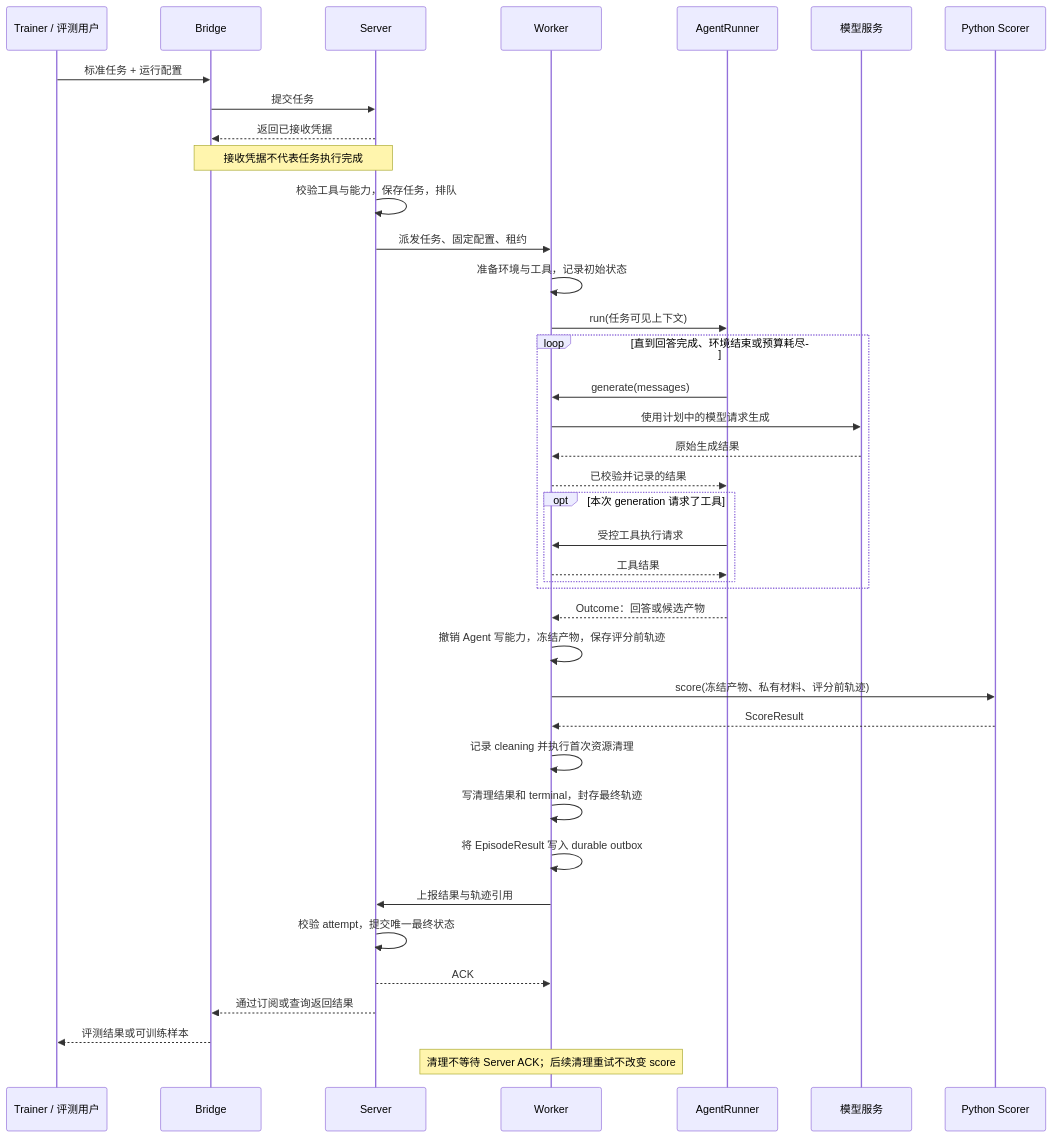
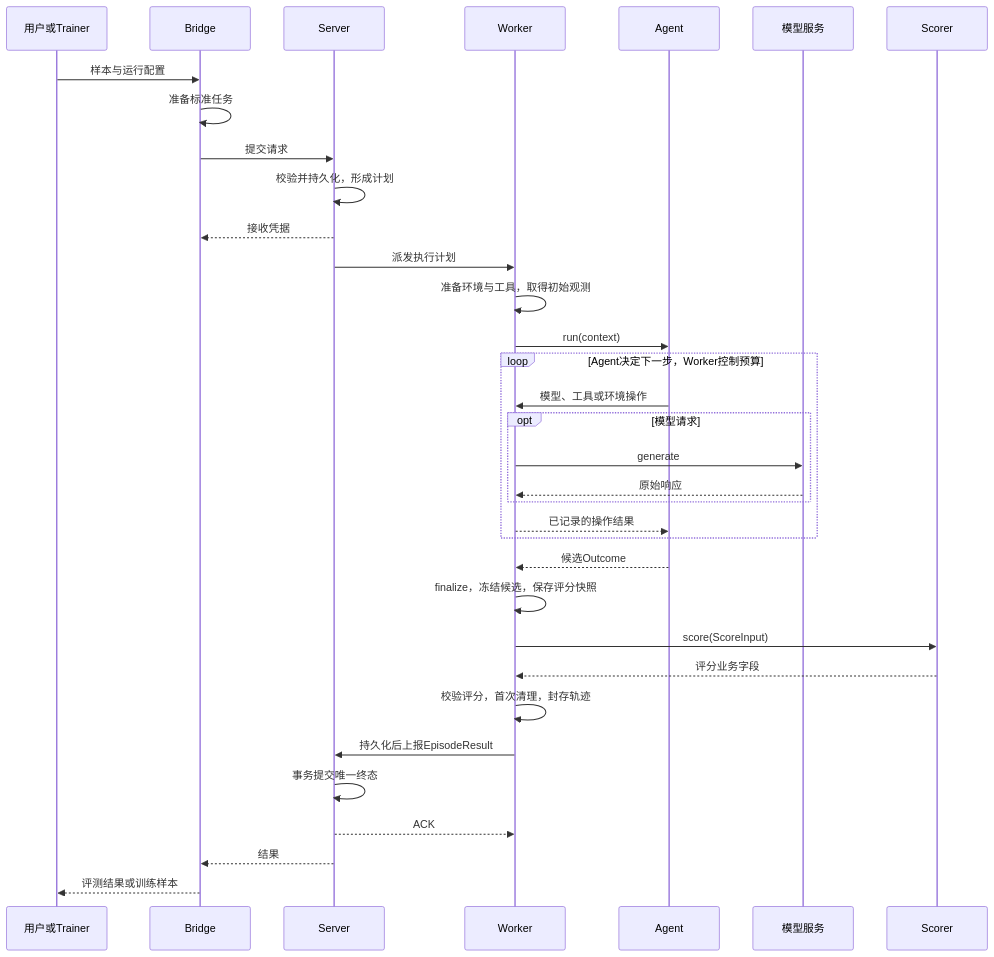
One commit to audreyyan1015/uenv_design changed the second of 16 diagrams in docs/uenv_design.md. Above: the diagram before and after it, drawn with Mermaid. The commit also changed other lines of this file and 9 other files, not shown here.

````diff
--- a/docs/uenv_design.md
+++ b/docs/uenv_design.md
@@ -1035,41 +173,36 @@
 ```mermaid
 sequenceDiagram
-  participant U as Trainer / 评测用户
+  participant U as 用户或Trainer
   participant B as Bridge
   participant S as Server
   participant W as Worker
-  participant A as AgentRunner
+  participant A as Agent
   participant M as 模型服务
-  participant Q as Python Scorer
-  U->>B: 标准任务 + 运行配置
-  B->>S: 提交任务
-  S-->>B: 返回已接收凭据
-  Note over B,S: 接收凭据不代表任务执行完成
-  S->>S: 校验工具与能力，保存任务，排队
-  S->>W: 派发任务、固定配置、租约
-  W->>W: 准备环境与工具，记录初始状态
-  W->>A: run(任务可见上下文)
-  loop 直到回答完成、环境结束或预算耗尽
-    A->>W: generate(messages)
-    W->>M: 使用计划中的模型请求生成
-    M-->>W: 原始生成结果
-    W-->>A: 已校验并记录的结果
-    opt 本次 generation 请求了工具
-      A->>W: 受控工具执行请求
-      W-->>A: 工具结果
+  participant Q as Scorer
+  U->>B: 样本与运行配置
+  B->>B: 准备标准任务
+  B->>S: 提交请求
+  S->>S: 校验并持久化，形成计划
+  S-->>B: 接收凭据
+  S->>W: 派发执行计划
+  W->>W: 准备环境与工具，取得初始观测
+  W->>A: run(context)
+  loop Agent决定下一步，Worker控制预算
+    A->>W: 模型、工具或环境操作
+    opt 模型请求
+      W->>M: generate
+      M-->>W: 原始响应
     end
+    W-->>A: 已记录的操作结果
   end
-  A-->>W: Outcome：回答或候选产物
-  W->>W: 撤销 Agent 写能力，冻结产物，保存评分前轨迹
-  W->>Q: score(冻结产物、私有材料、评分前轨迹)
-  Q-->>W: ScoreResult
-  W->>W: 记录 cleaning 并执行首次资源清理
-  W->>W: 写清理结果和 terminal，封存最终轨迹
-  W->>W: 将 EpisodeResult 写入 durable outbox
-  W->>S: 上报结果与轨迹引用
-  S->>S: 校验 attempt，提交唯一最终状态
+  A-->>W: 候选Outcome
+  W->>W: finalize，冻结候选，保存评分快照
+  W->>Q: score(ScoreInput)
+  Q-->>W: 评分业务字段
+  W->>W: 校验评分，首次清理，封存轨迹
+  W->>S: 持久化后上报EpisodeResult
+  S->>S: 事务提交唯一终态
   S-->>W: ACK
-  S-->>B: 通过订阅或查询返回结果
-  B-->>U: 评测结果或可训练样本
-  Note over W: 清理不等待 Server ACK；后续清理重试不改变 score
+  S-->>B: 结果
+  B-->>U: 评测结果或训练样本
 ```
````
